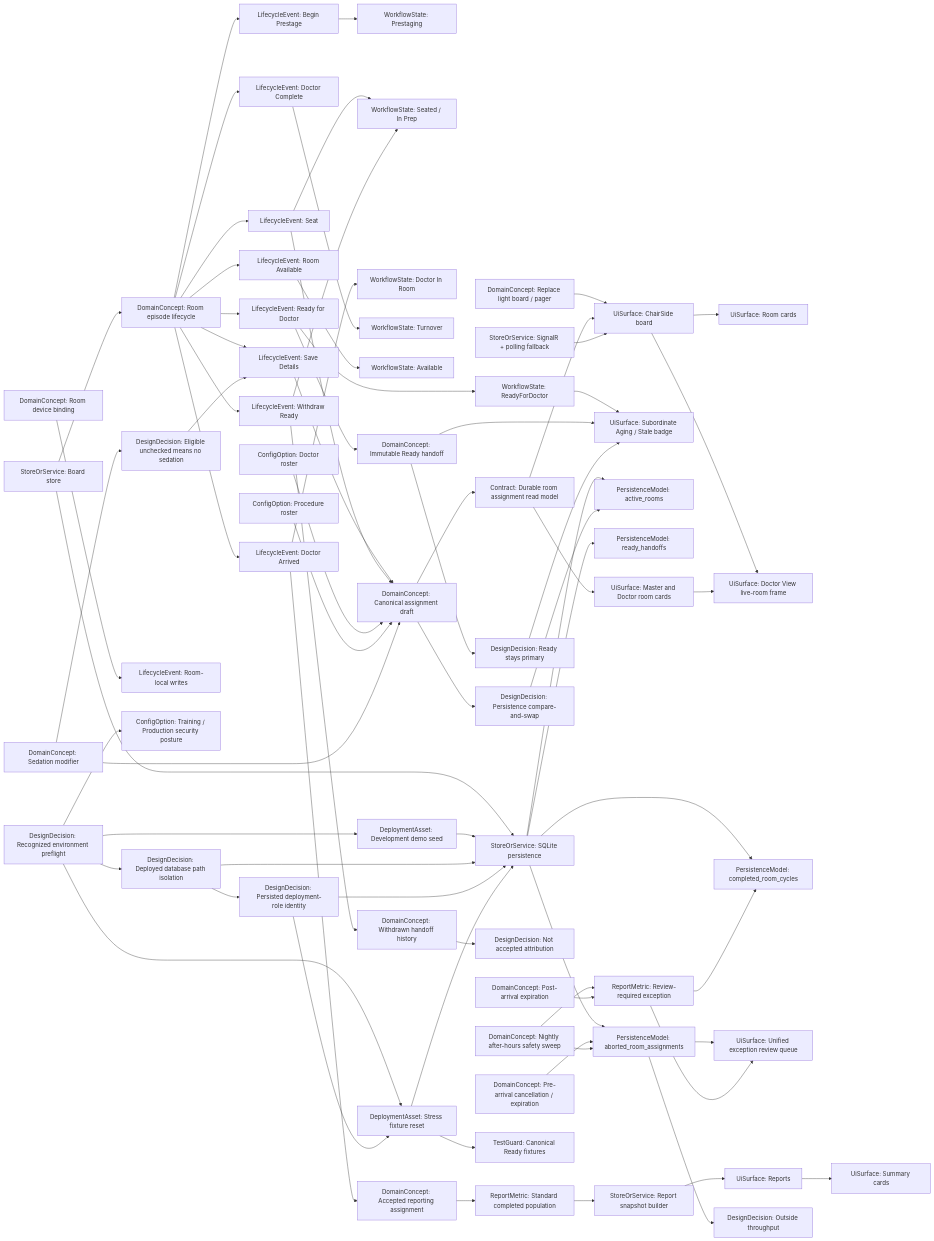
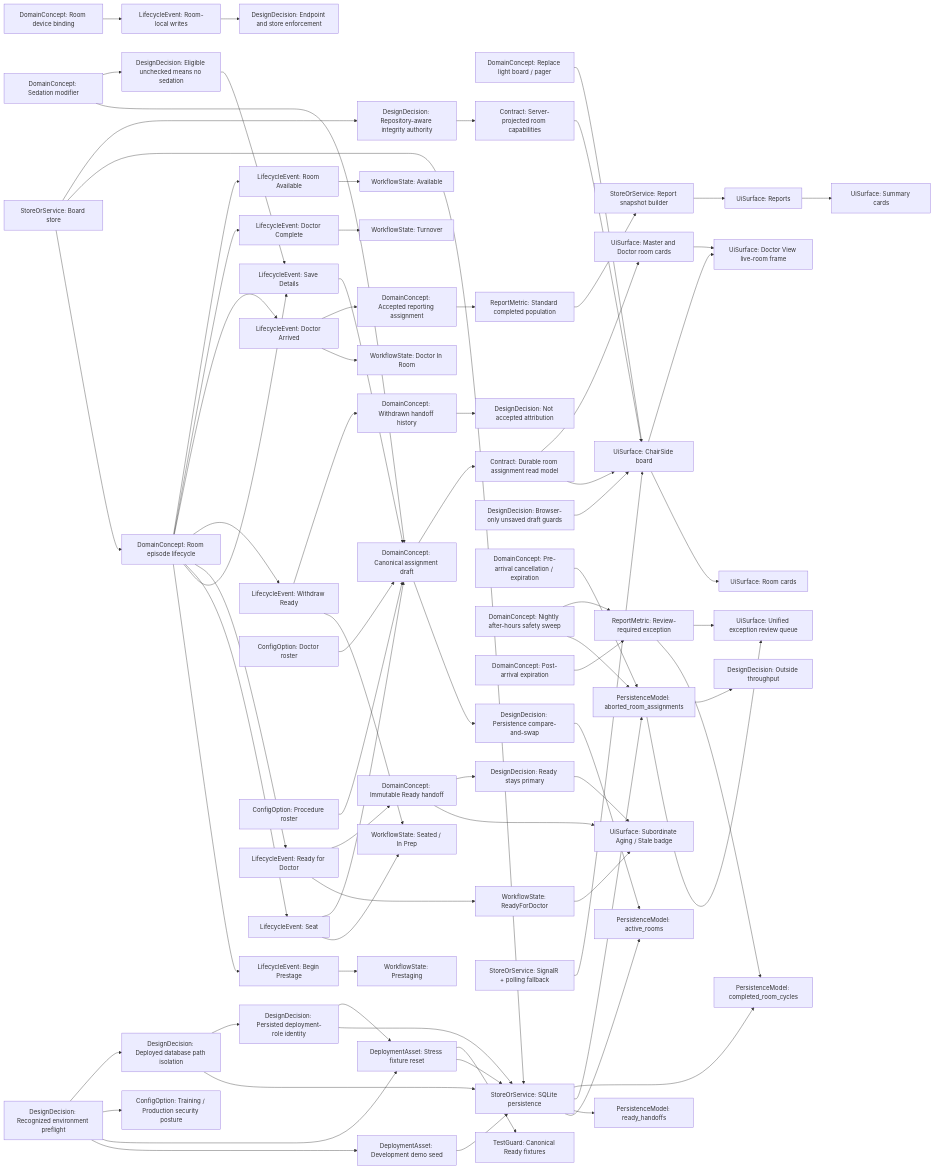
Before and after one commit to binary0rb/ChairSide: the diagram in docs/knowledge-graph/chairside.graph.md, drawn with Mermaid. The commit also changed other lines of this file and 11 other files, not shown here.

First line of the commit message:
Refresh architecture documentation after lifecycle cleanup (#180)

```diff
--- a/docs/knowledge-graph/chairside.graph.md
+++ b/docs/knowledge-graph/chairside.graph.md
@@ -38,6 +38,11 @@
 
     BoardStore["StoreOrService: Board store"] --> RoomLifecycle
     BoardStore --> Persistence["StoreOrService: SQLite persistence"]
+    BoardStore --> IntegrityAuthority["DesignDecision: Repository-aware integrity authority"]
+    IntegrityAuthority --> RoomCapabilities["Contract: Server-projected room capabilities"]
+    RoomCapabilities --> BoardUi
+    BrowserDraftGuards["DesignDecision: Browser-only unsaved draft guards"] --> BoardUi
+    Mutations["LifecycleEvent: Room-local writes"] --> ServerEnforcement["DesignDecision: Endpoint and store enforcement"]
     Persistence --> ActiveRooms["PersistenceModel: active_rooms"]
     Persistence --> Handoffs["PersistenceModel: ready_handoffs"]
     Persistence --> Aborts["PersistenceModel: aborted_room_assignments"]
@@ -70,7 +75,7 @@
     ReadyHandoff --> ReadyPrimary["DesignDecision: Ready stays primary"]
     ReadyPrimary --> ReadyUrgency["UiSurface: Subordinate Aging / Stale badge"]
     SharedRoomCards --> DoctorView["UiSurface: Doctor View live-room frame"]
-    DeviceBinding["DomainConcept: Room device binding"] --> Mutations["LifecycleEvent: Room-local writes"]
+    DeviceBinding["DomainConcept: Room device binding"] --> Mutations
     Realtime["StoreOrService: SignalR + polling fallback"] --> BoardUi
 
     DevelopmentSeed["DeploymentAsset: Development demo seed"] --> Persistence
```
